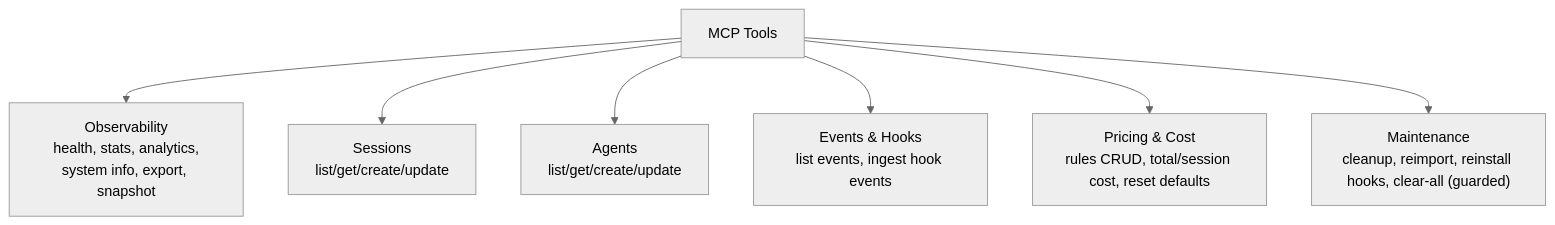
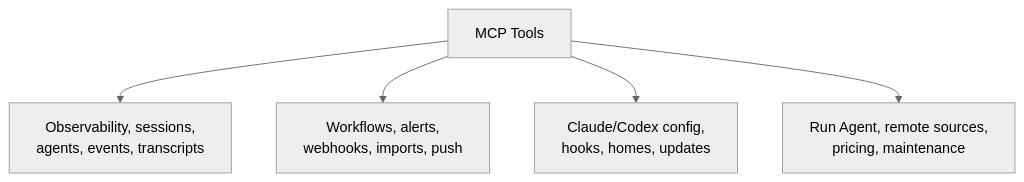
The tenth of 23 diagrams in README.md (CorentinPa/Claude-Code-Agent-Monitor), drawn with Mermaid (neutral theme) before and after one commit. The commit also changed other lines of this file and 220 other files, not shown here.

````diff
--- a/README.md
+++ b/README.md
@@ -919,17 +920,13 @@
 ```mermaid
 graph TD
     ROOT["MCP Tools"]
-    OBS["Observability<br/>health, stats, analytics,<br/>system info, export, snapshot"]
-    SES["Sessions<br/>list/get/create/update"]
-    AGT["Agents<br/>list/get/create/update"]
-    EVT["Events & Hooks<br/>list events, ingest hook events"]
-    PRC["Pricing & Cost<br/>rules CRUD, total/session cost, reset defaults"]
-    MNT["Maintenance<br/>cleanup, reimport, reinstall hooks, clear-all (guarded)"]
+    OBS["Observability, sessions,<br/>agents, events, transcripts"]
+    OPS["Workflows, alerts,<br/>webhooks, imports, push"]
+    CFG["Claude/Codex config,<br/>hooks, homes, updates"]
+    RUN["Run Agent, remote sources,<br/>pricing, maintenance"]
 
     ROOT --> OBS
-    ROOT --> SES
-    ROOT --> AGT
-    ROOT --> EVT
-    ROOT --> PRC
-    ROOT --> MNT
+    ROOT --> OPS
+    ROOT --> CFG
+    ROOT --> RUN
 ```
````
